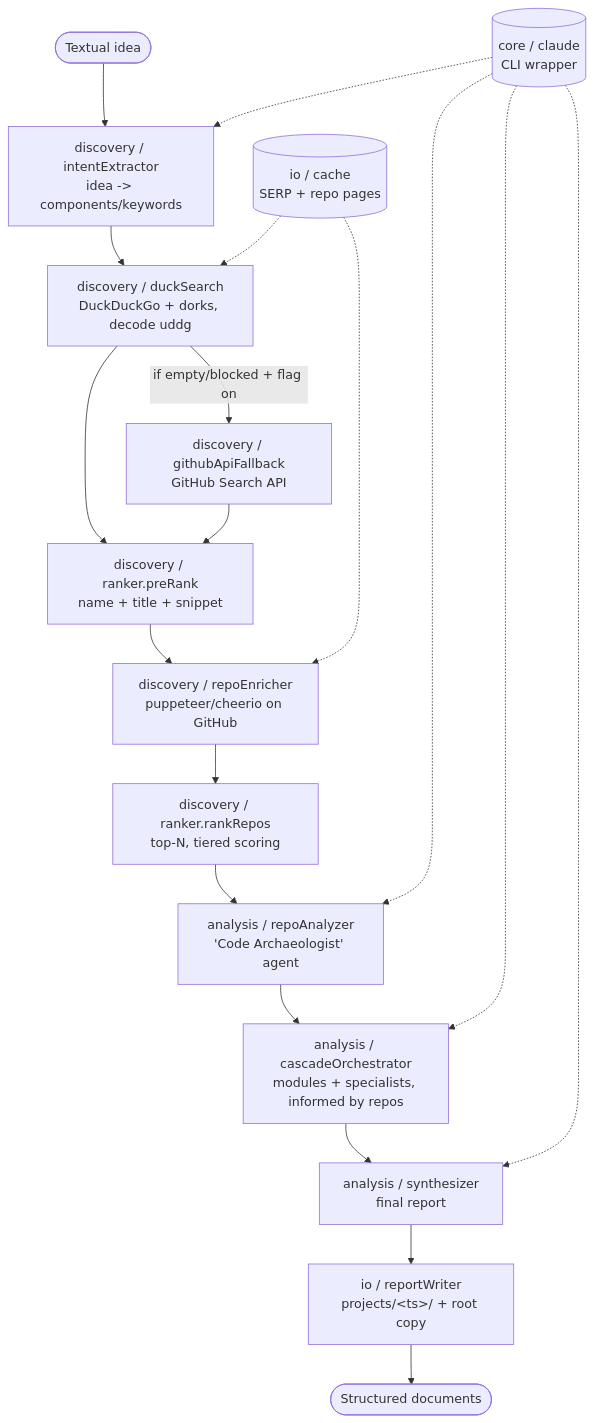
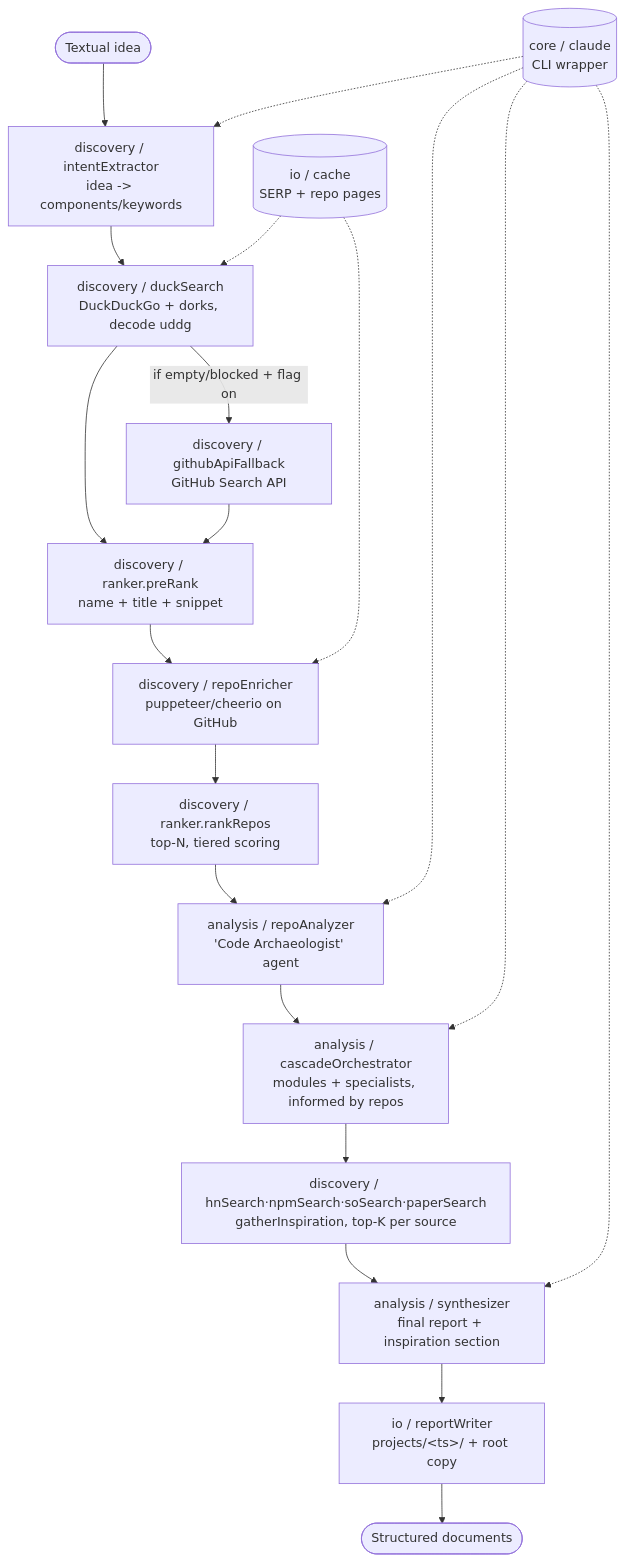
One commit to G10DC/git-researcher changed the first of 2 diagrams in docs/ARCHITECTURE.md. Above: the diagram before and after it, drawn with Mermaid. The commit also changed other lines of this file and 16 other files, not shown here.

First line of the commit message:
feat: add multi-source inspiration layer (HN, npm, SO, papers)

````diff
--- a/docs/ARCHITECTURE.md
+++ b/docs/ARCHITECTURE.md
@@ -9,22 +9,23 @@
 ```mermaid
 flowchart TD
     Idea([Textual idea]) --> INTENT[discovery / intentExtractor<br/>idea -> components/keywords]
     INTENT --> SEARCH[discovery / duckSearch<br/>DuckDuckGo + dorks, decode uddg]
     SEARCH -->|if empty/blocked + flag on| FALLBACK[discovery / githubApiFallback<br/>GitHub Search API]
     SEARCH --> PRERANK[discovery / ranker.preRank<br/>name + title + snippet]
     FALLBACK --> PRERANK
     PRERANK --> ENRICH[discovery / repoEnricher<br/>puppeteer/cheerio on GitHub]
     ENRICH --> RANK[discovery / ranker.rankRepos<br/>top-N, tiered scoring]
     RANK --> ANALYZE[analysis / repoAnalyzer<br/>'Code Archaeologist' agent]
     ANALYZE --> CASCADE[analysis / cascadeOrchestrator<br/>modules + specialists, informed by repos]
-    CASCADE --> SYNTH[analysis / synthesizer<br/>final report]
+    CASCADE --> INSPIRATION[discovery / hnSearch·npmSearch·soSearch·paperSearch<br/>gatherInspiration, top-K per source]
+    INSPIRATION --> SYNTH[analysis / synthesizer<br/>final report + inspiration section]
     SYNTH --> WRITE[io / reportWriter<br/>projects/&lt;ts&gt;/ + root copy]
     WRITE --> Docs([Structured documents])
 
     CACHE[(io / cache<br/>SERP + repo pages)] -.-> SEARCH
     CACHE -.-> ENRICH
     CLAUDE[(core / claude<br/>CLI wrapper)] -.-> INTENT
     CLAUDE -.-> ANALYZE
     CLAUDE -.-> CASCADE
     CLAUDE -.-> SYNTH
 ```
````
